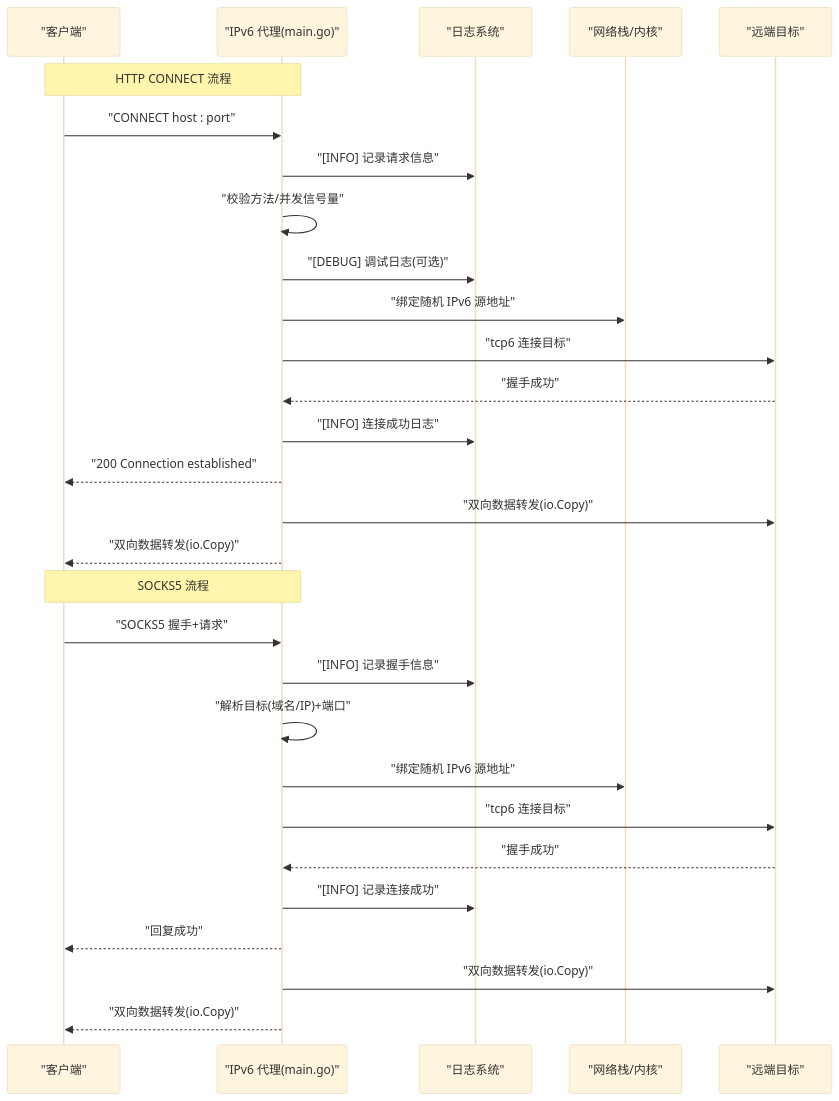
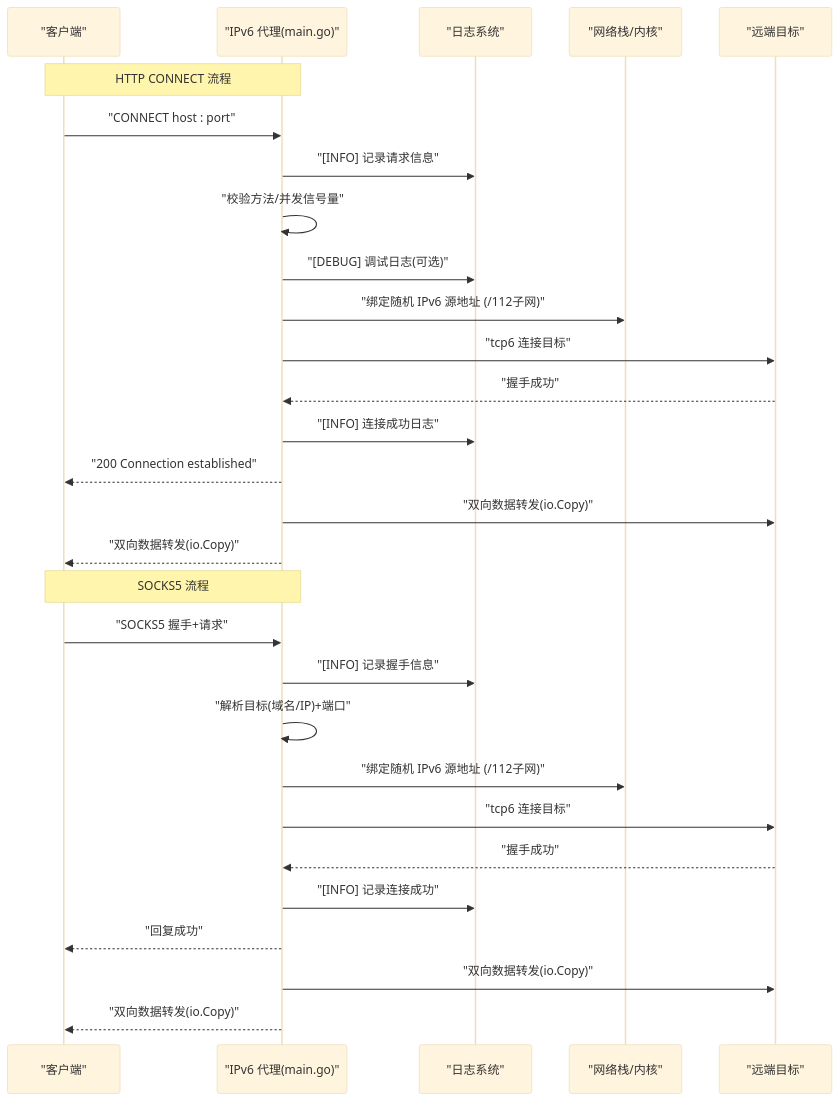
One commit to chuwang9964/ipv6-proxy-pool changed the second of 4 diagrams in .qoder/repowiki/zh/content/部署运维.md. Above: the diagram before and after it, drawn with Mermaid (base theme). The commit also changed other lines of this file and 10 other files, not shown here.

````diff
--- a/.qoder/repowiki/zh/content/部署运维.md
+++ b/.qoder/repowiki/zh/content/部署运维.md
@@ -107,31 +111,31 @@
 ```mermaid
 sequenceDiagram
 participant Client as "客户端"
 participant Proxy as "IPv6 代理(main.go)"
 participant Logger as "日志系统"
 participant Net as "网络栈/内核"
 participant Target as "远端目标"
 Note over Client,Proxy : HTTP CONNECT 流程
 Client->>Proxy : "CONNECT host : port"
 Proxy->>Logger : "[INFO] 记录请求信息"
 Proxy->>Proxy : "校验方法/并发信号量"
 Proxy->>Logger : "[DEBUG] 调试日志(可选)"
-Proxy->>Net : "绑定随机 IPv6 源地址"
+Proxy->>Net : "绑定随机 IPv6 源地址 (/112子网)"
 Proxy->>Target : "tcp6 连接目标"
 Target-->>Proxy : "握手成功"
 Proxy->>Logger : "[INFO] 连接成功日志"
 Proxy-->>Client : "200 Connection established"
 Proxy->>Target : "双向数据转发(io.Copy)"
 Proxy-->>Client : "双向数据转发(io.Copy)"
 Note over Client,Proxy : SOCKS5 流程
 Client->>Proxy : "SOCKS5 握手+请求"
 Proxy->>Logger : "[INFO] 记录握手信息"
 Proxy->>Proxy : "解析目标(域名/IP)+端口"
-Proxy->>Net : "绑定随机 IPv6 源地址"
+Proxy->>Net : "绑定随机 IPv6 源地址 (/112子网)"
 Proxy->>Target : "tcp6 连接目标"
 Target-->>Proxy : "握手成功"
 Proxy->>Logger : "[INFO] 记录连接成功"
 Proxy-->>Client : "回复成功"
 Proxy->>Target : "双向数据转发(io.Copy)"
 Proxy-->>Client : "双向数据转发(io.Copy)"
 ```
````
